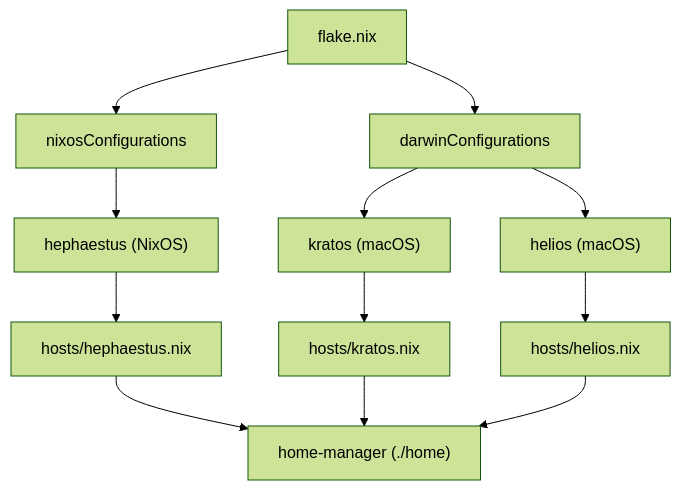
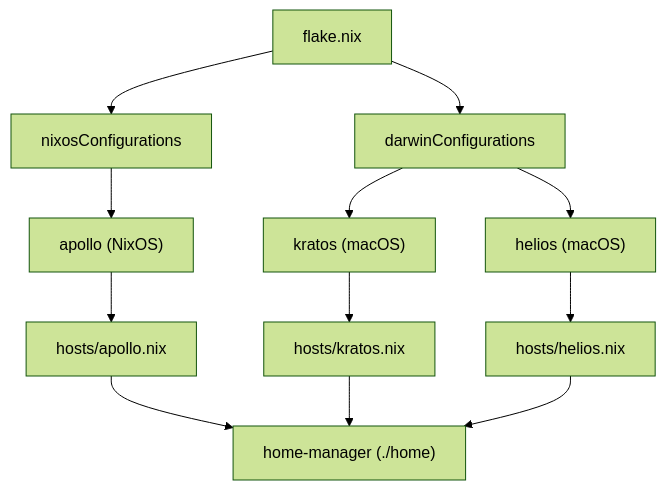
Before and after one commit to davegallant/nix-config: the diagram in README.md, drawn with Mermaid (forest theme). The commit also changed 6 other files, not shown here.

First line of the commit message:
feat(hosts): replace hephaestus with apollo NixOS VM

````diff
--- a/README.md
+++ b/README.md
@@ -7,19 +7,19 @@
 ```mermaid
 flowchart TD
     flake["flake.nix"]
     flake --> nixos["nixosConfigurations"]
     flake --> darwin["darwinConfigurations"]
 
-    nixos --> hephaestus["hephaestus (NixOS)"]
+    nixos --> apollo["apollo (NixOS)"]
 
     darwin --> kratos["kratos (macOS)"]
     darwin --> helios["helios (macOS)"]
 
-    hephaestus --> hostH["hosts/hephaestus.nix"]
+    apollo --> hostA["hosts/apollo.nix"]
     kratos --> hostK["hosts/kratos.nix"]
     helios --> hostHe["hosts/helios.nix"]
 
-    hostH --> hm["home-manager (./home)"]
+    hostA --> hm["home-manager (./home)"]
     hostK --> hm
     hostHe --> hm
 ```
````
